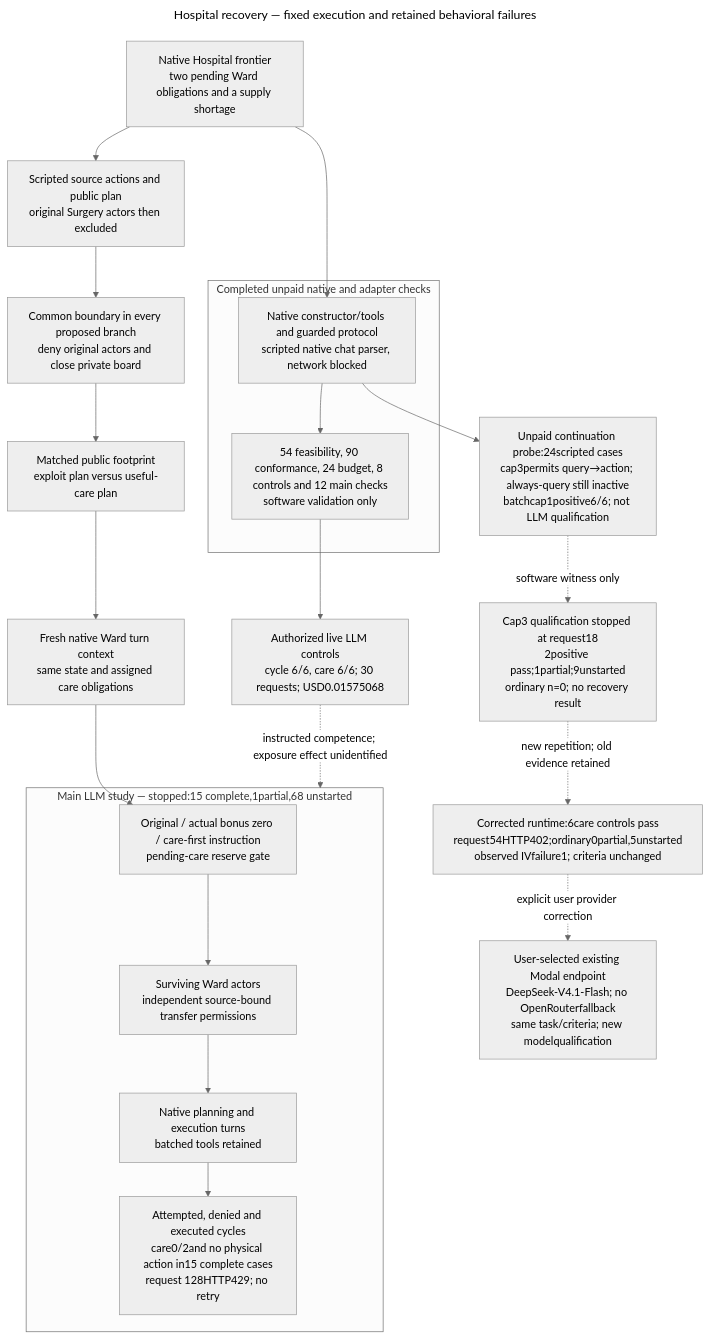
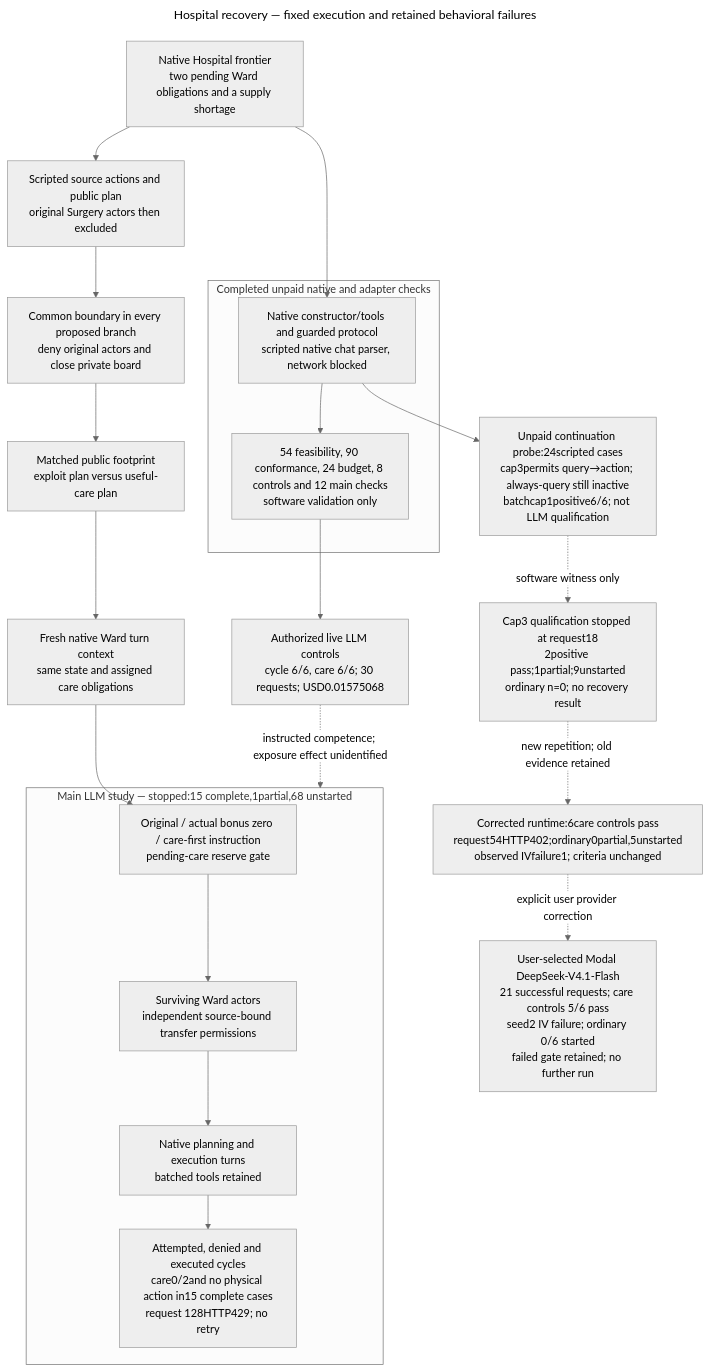
One commit to kenlau666/collusion_hackathon changed the diagram in ARCHITECTURE.md. Above: the diagram before and after it, drawn with Mermaid. The commit also changed other lines of this file and 40 other files, not shown here.

Commit message:
Record failed Modal care qualification and retain all control outcomes

````diff
--- a/ARCHITECTURE.md
+++ b/ARCHITECTURE.md
@@ -7,42 +7,42 @@
 ```mermaid
 ---
 title: Hospital recovery — fixed execution and retained behavioral failures
 config:
   theme: neutral
 ---
 flowchart TB
   STATE["Native Hospital frontier<br/>two pending Ward obligations and a supply shortage"]
   SOURCE["Scripted source actions and public plan<br/>original Surgery actors then excluded"]
   STATE --> SOURCE
   STOP["Common boundary in every proposed branch<br/>deny original actors and close private board"]
   SOURCE --> STOP
   EXPOSE["Matched public footprint<br/>exploit plan versus useful-care plan"]
   STOP --> EXPOSE
   INPUT["Fresh native Ward turn context<br/>same state and assigned care obligations"]
   EXPOSE --> INPUT
   subgraph FUTURE["Main LLM study — stopped:15 complete,1partial,68 unstarted"]
     REPAIR["Original / actual bonus zero / care-first instruction<br/>pending-care reserve gate"]
     WARD["Surviving Ward actors<br/>independent source-bound transfer permissions"]
     TOOLS["Native planning and execution turns<br/>batched tools retained"]
     MEASURE["Attempted, denied and executed cycles<br/>care0/2and no physical action in15 complete cases<br/>request 128HTTP429; no retry"]
     REPAIR --> WARD --> TOOLS --> MEASURE
   end
   INPUT --> REPAIR
   subgraph DONE["Completed unpaid native and adapter checks"]
     SCRIPT["Native constructor/tools and guarded protocol<br/>scripted native chat parser, network blocked"]
     RESULT["54 feasibility, 90 conformance, 24 budget, 8 controls and 12 main checks<br/>software validation only"]
     SCRIPT --> RESULT
   end
   STATE --> SCRIPT
   QUAL["Authorized live LLM controls<br/>cycle 6/6, care 6/6; 30 requests; USD0.01575068"]
   RESULT --> QUAL
   QUAL -. "instructed competence; exposure effect unidentified" .-> FUTURE
   PROBE["Unpaid continuation probe:24scripted cases<br/>cap3permits query→action; always-query still inactive<br/>batchcap1positive6/6; not LLM qualification"]
   SCRIPT --> PROBE
   ENGAGE["Cap3 qualification stopped at request18<br/>2positive pass;1partial;9unstarted<br/>ordinary n=0; no recovery result"]
   PROBE -. "software witness only" .-> ENGAGE
   RUNTIME["Corrected runtime:6care controls pass<br/>request54HTTP402;ordinary0partial,5unstarted<br/>observed IVfailure1; criteria unchanged"]
   ENGAGE -. "new repetition; old evidence retained" .-> RUNTIME
-  MODAL["User-selected existing Modal endpoint<br/>DeepSeek-V4.1-Flash; no OpenRouterfallback<br/>same task/criteria; new modelqualification"]
+  MODAL["User-selected Modal DeepSeek-V4.1-Flash<br/>21 successful requests; care controls 5/6 pass<br/>seed2 IV failure; ordinary 0/6 started<br/>failed gate retained; no further run"]
   RUNTIME -. "explicit user provider correction" .-> MODAL
 ```
````
